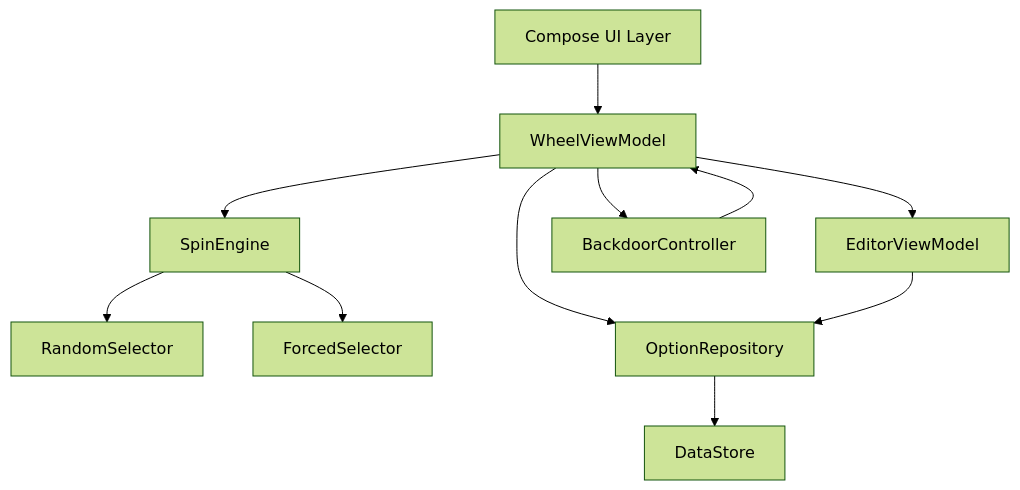
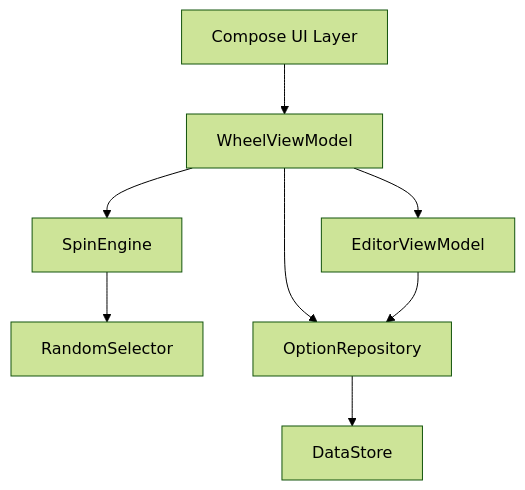
The diagram in specs/wheel-picker-android/design.md (fvfpq/wheel-picker), drawn with Mermaid (forest theme) before and after one commit. The commit also changed other lines of this file and 5 other files, not shown here.

````diff
--- a/specs/wheel-picker-android/design.md
+++ b/specs/wheel-picker-android/design.md
@@ -16,23 +15,18 @@
 ```mermaid
 flowchart TD
     UI["Compose UI Layer"]
     VM["WheelViewModel"]
     SE["SpinEngine"]
     RS["RandomSelector"]
-    FS["ForcedSelector"]
     ED["EditorViewModel"]
-    BC["BackdoorController"]
     R["OptionRepository"]
     DS["DataStore"]
 
     UI --> VM
     VM --> SE
     VM --> ED
-    VM --> BC
     VM --> R
     SE --> RS
-    SE --> FS
     ED --> R
-    BC --> VM
     R --> DS
 ```
````
